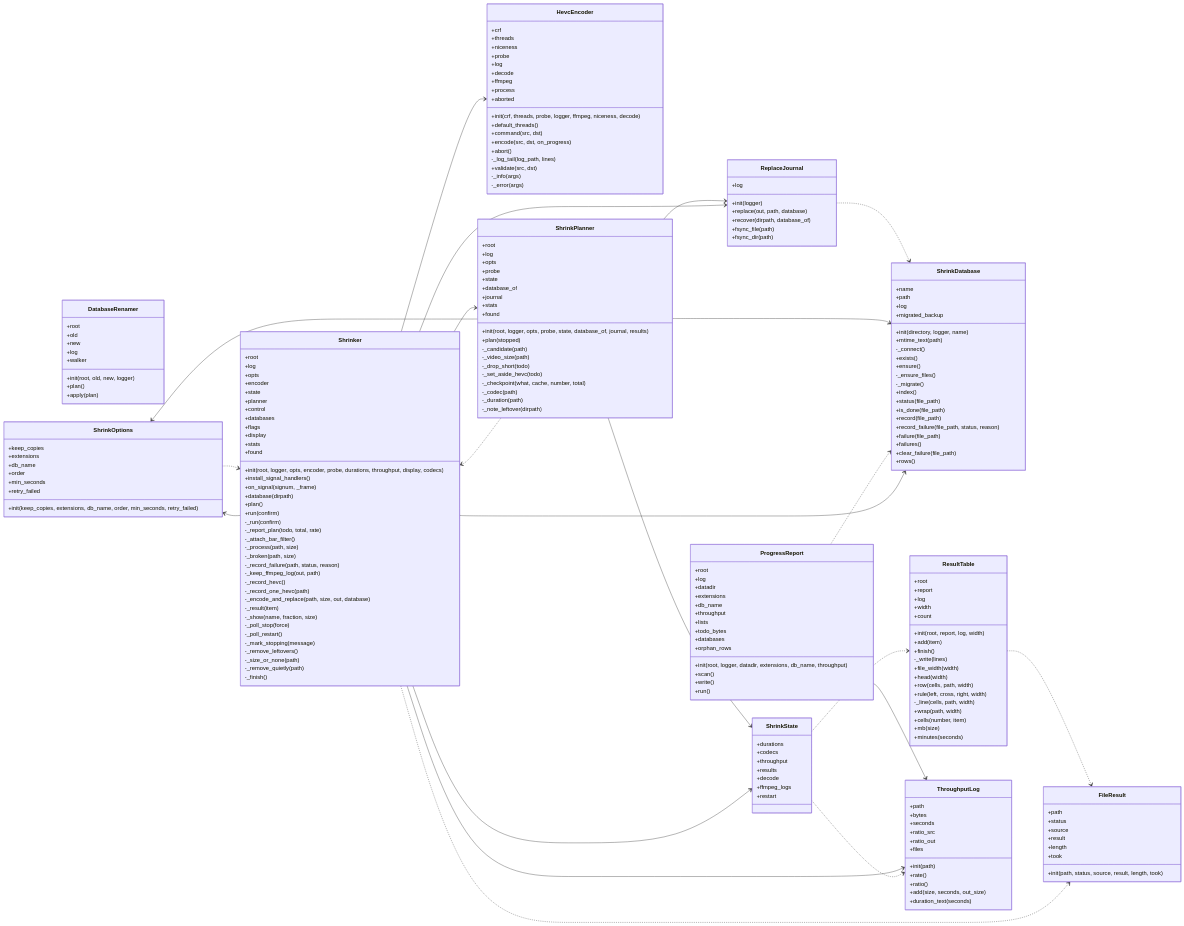
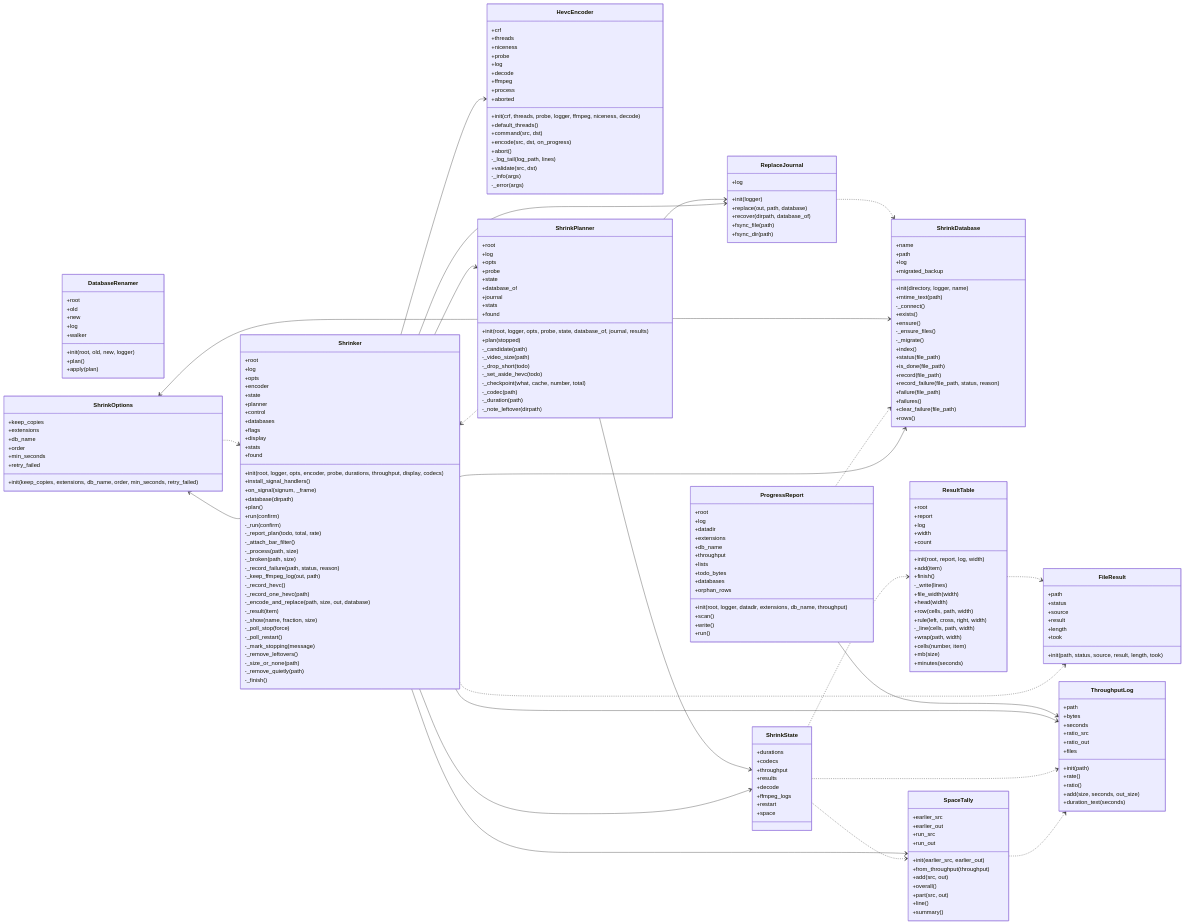
One commit to peddanet/mediatools changed the diagram in docs/img/uml_shrink.mmd. Above: the diagram before and after it, drawn with Mermaid. The commit also changed 16 other files, not shown here.

```diff
--- a/docs/img/uml_shrink.mmd
+++ b/docs/img/uml_shrink.mmd
@@ -182,6 +182,20 @@
     +decode
     +ffmpeg_logs
     +restart
+    +space
+  }
+  class SpaceTally {
+    +earlier_src
+    +earlier_out
+    +run_src
+    +run_out
+    +init(earlier_src, earlier_out)
+    +from_throughput(throughput)
+    +add(src, out)
+    +overall()
+    +part(src, out)
+    +line()
+    +summary()
   }
   class ThroughputLog {
     +path
@@ -213,6 +227,9 @@
   Shrinker --> ShrinkOptions
   Shrinker --> ShrinkPlanner
   Shrinker --> ShrinkState
+  Shrinker --> SpaceTally
   Shrinker --> ThroughputLog
   ShrinkState ..> ResultTable
+  ShrinkState ..> SpaceTally
   ShrinkState ..> ThroughputLog
+  SpaceTally ..> ThroughputLog
```
